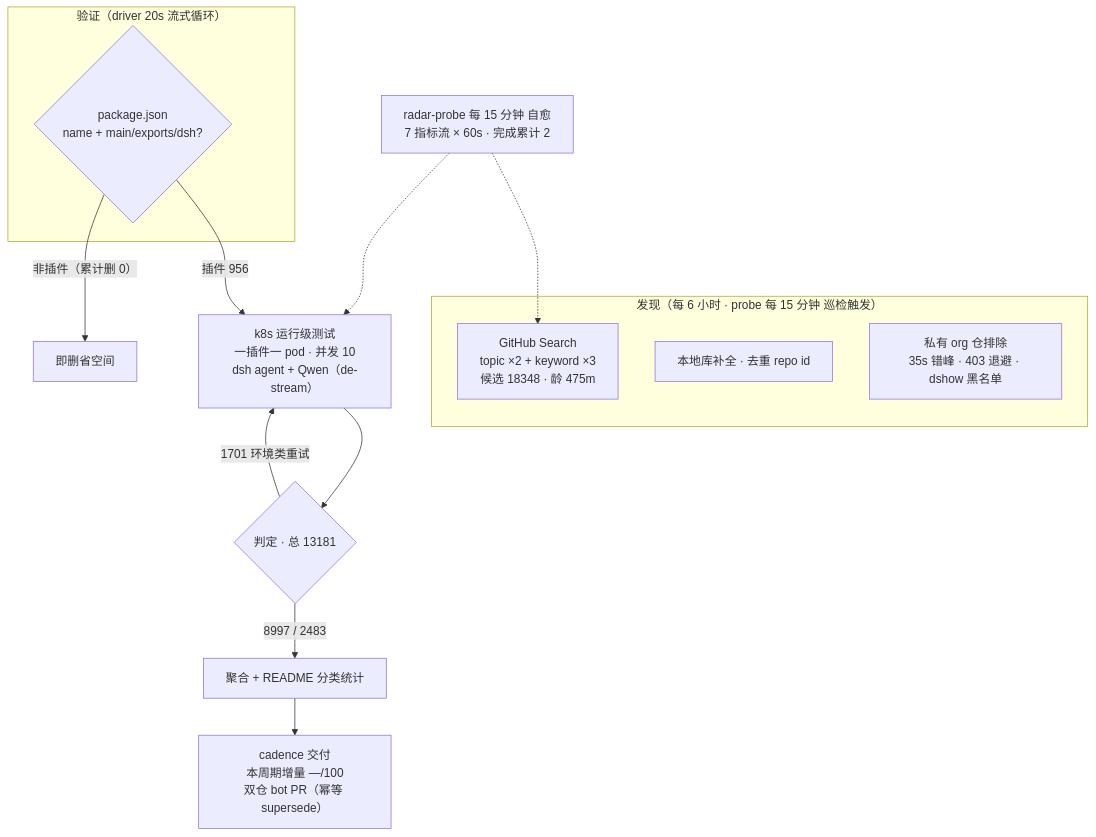
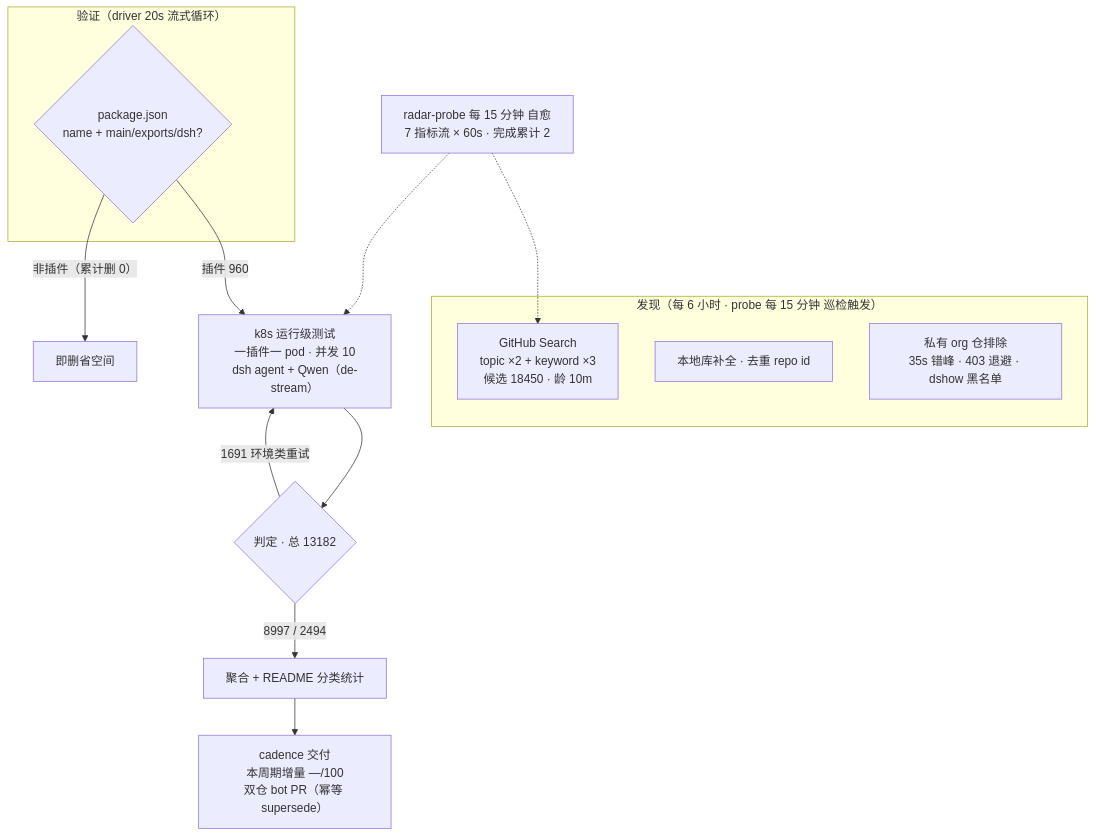
The diagram in README.md (AdamPlatin123/awesome-dsh-plugins), drawn with Mermaid before and after one commit. The commit also changed other lines of this file and 15 other files, not shown here.

````diff
--- a/README.md
+++ b/README.md
@@ -52,20 +52,20 @@
 ```mermaid
 flowchart TB
     subgraph Discovery["发现（每 6 小时 · probe 每 15 分钟 巡检触发）"]
-        A1["GitHub Search<br/>topic ×2 + keyword ×3<br/>候选 18348 · 龄 475m"]
+        A1["GitHub Search<br/>topic ×2 + keyword ×3<br/>候选 18450 · 龄 10m"]
         A2["本地库补全 · 去重 repo id"]
         A3["私有 org 仓排除<br/>35s 错峰 · 403 退避 · dshow 黑名单"]
     end
     subgraph Validation["验证（driver 20s 流式循环）"]
         B1{"package.json<br/>name + main/exports/dsh?"}
     end
-    B1 -->|"插件 956"| C1["k8s 运行级测试<br/>一插件一 pod · 并发 10<br/>dsh agent + Qwen（de-stream）"]
+    B1 -->|"插件 960"| C1["k8s 运行级测试<br/>一插件一 pod · 并发 10<br/>dsh agent + Qwen（de-stream）"]
     B1 -->|"非插件（累计删 0）"| B3["即删省空间"]
-    C1 --> D1{"判定 · 总 13181"}
-    D1 -->|"8997 / 2483"| E1["聚合 + README 分类统计"]
-    D1 -->|"1701 环境类重试"| C1
+    C1 --> D1{"判定 · 总 13182"}
+    D1 -->|"8997 / 2494"| E1["聚合 + README 分类统计"]
+    D1 -->|"1691 环境类重试"| C1
     E1 --> E2["cadence 交付<br/>本周期增量 —/100<br/>双仓 bot PR（幂等 supersede）"]
     M["radar-probe 每 15 分钟 自愈<br/>7 指标流 × 60s · 完成累计 2"]
     M -.-> A1
     M -.-> C1
 ```
````
